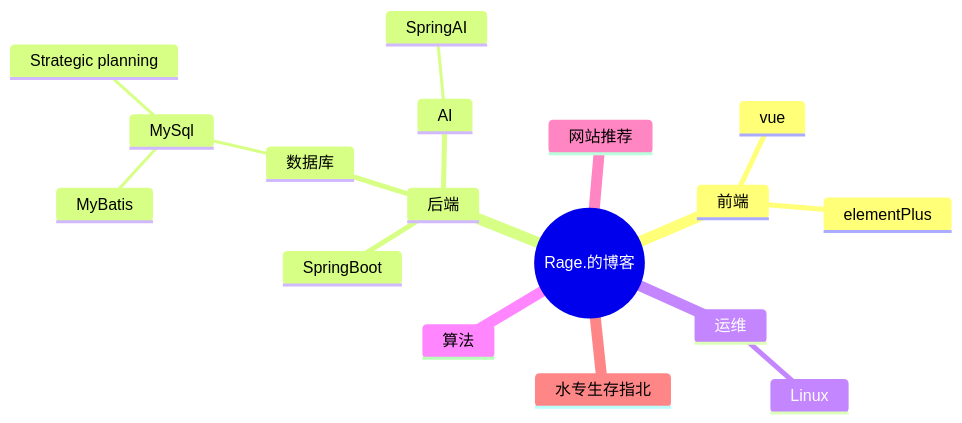
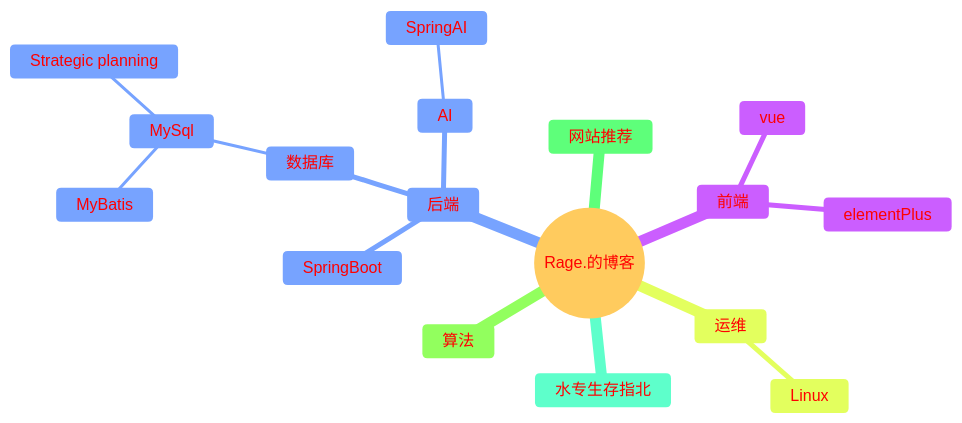
The second of 2 diagrams in docs/blog/更新计划/更新计划.md (12age/12age.github.io), drawn with Mermaid before and after one commit. The commit also changed 3 other files, not shown here.

````diff
--- a/docs/blog/更新计划/更新计划.md
+++ b/docs/blog/更新计划/更新计划.md
@@ -34,20 +34,26 @@
 ```mermaid
+%%{init: {
+  "theme": "base",
+  "themeVariables": {
+    "primaryTextColor": "#ff0000ff"
+  }
+}}%%
 mindmap
   root((Rage.的博客))
     前端
       vue
       elementPlus
     后端
       SpringBoot
       数据库
         MySql
             MyBatis
             Strategic planning
       AI
         SpringAI
     运维
       Linux
     算法
     网站推荐
     水专生存指北
 ```
````
